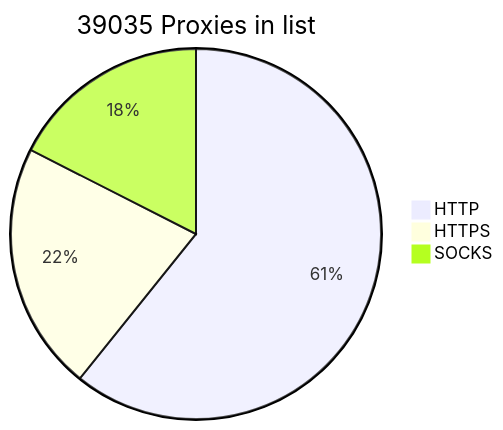
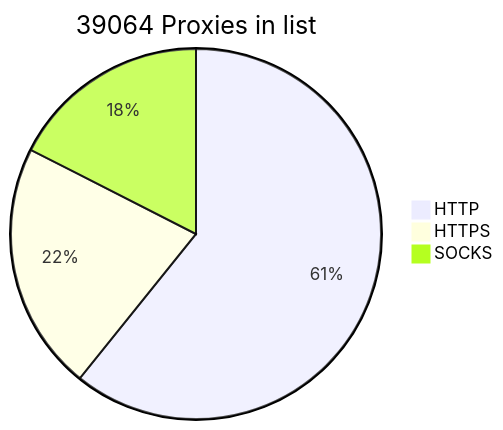
Before and after one commit to BlackSnowDot/proxylist-update-every-minute: the diagram in README.md, drawn with Mermaid.

````diff
--- a/README.md
+++ b/README.md
@@ -2,6 +2,6 @@
 ```mermaid
-pie title 39035 Proxies in list
-    "HTTP" : 27805
-    "HTTPS": 9934
-    "SOCKS" : 8012
+pie title 39064 Proxies in list
+    "HTTP" : 27827
+    "HTTPS": 9936
+    "SOCKS" : 8014
 ```
````
